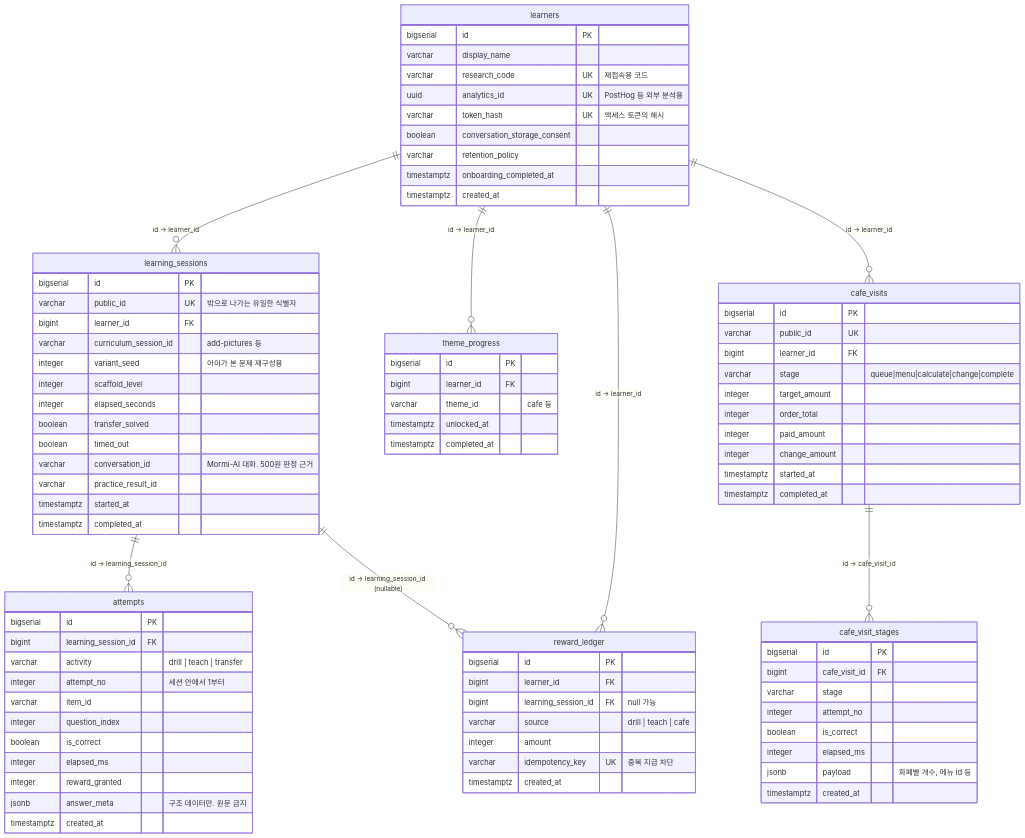
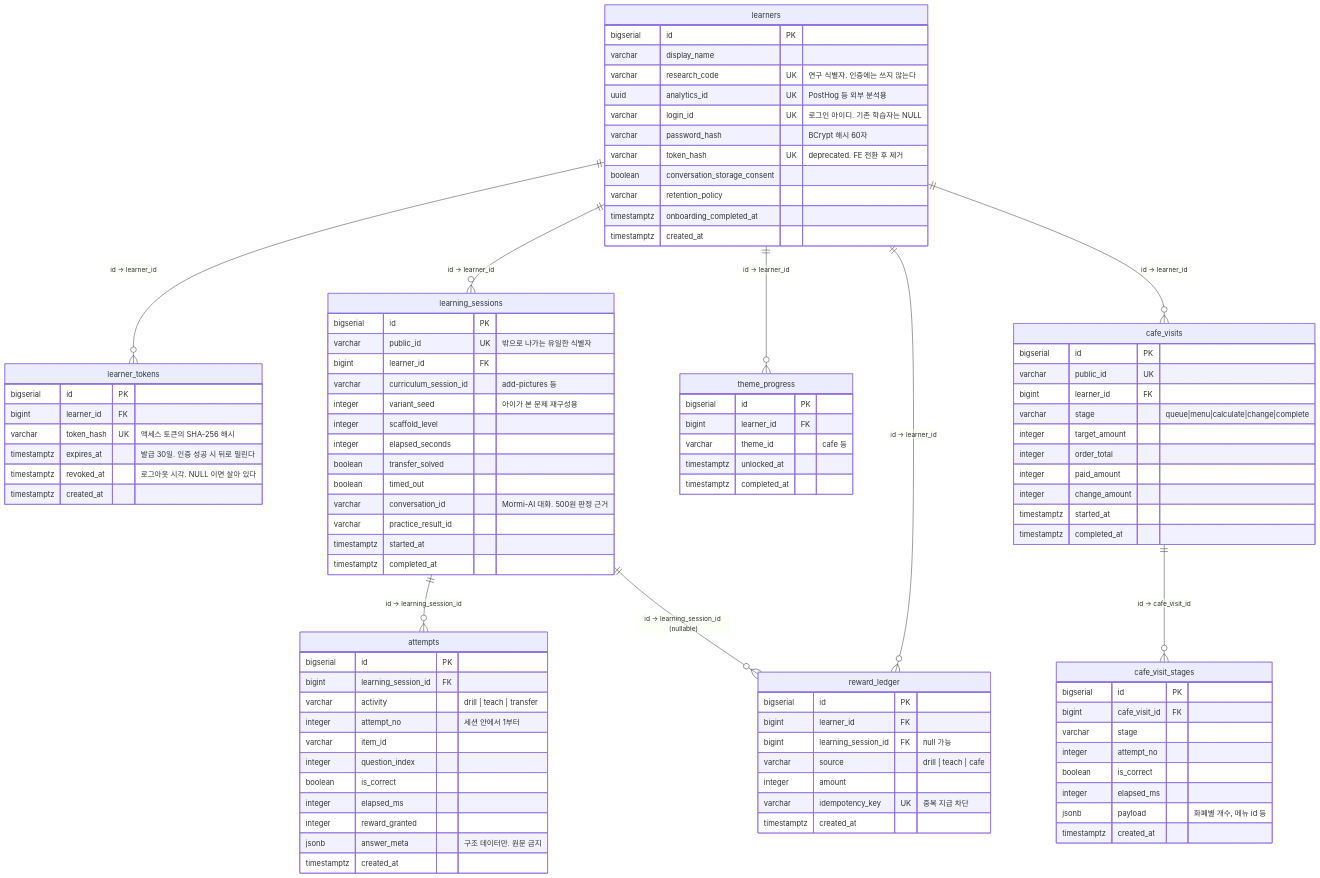
Before and after one commit to flyai-y2s2/Mormi-BE: the diagram in docs/ERD.md, drawn with Mermaid. The commit also changed other lines of this file and 2 other files, not shown here.

Commit message:
docs: 학습자 인증 API 문서 갱신

````diff
--- a/docs/ERD.md
+++ b/docs/ERD.md
@@ -7,5 +7,6 @@
 ```mermaid
 erDiagram
+    learners ||--o{ learner_tokens    : "id → learner_id"
     learners ||--o{ learning_sessions : "id → learner_id"
     learners ||--o{ theme_progress    : "id → learner_id"
     learners ||--o{ cafe_visits       : "id → learner_id"
@@ -17,12 +18,23 @@
     learners {
         bigserial id PK
         varchar   display_name
-        varchar   research_code UK "재접속용 코드"
+        varchar   research_code UK "연구 식별자. 인증에는 쓰지 않는다"
         uuid      analytics_id  UK "PostHog 등 외부 분석용"
-        varchar   token_hash    UK "액세스 토큰의 해시"
+        varchar   login_id      UK "로그인 아이디. 기존 학습자는 NULL"
+        varchar   password_hash "BCrypt 해시 60자"
+        varchar   token_hash    UK "deprecated. FE 전환 후 제거"
         boolean   conversation_storage_consent
         varchar   retention_policy
         timestamptz onboarding_completed_at
+        timestamptz created_at
+    }
+
+    learner_tokens {
+        bigserial id PK
+        bigint    learner_id FK
+        varchar   token_hash UK "액세스 토큰의 SHA-256 해시"
+        timestamptz expires_at "발급 30일. 인증 성공 시 뒤로 밀린다"
+        timestamptz revoked_at "로그아웃 시각. NULL 이면 살아 있다"
         timestamptz created_at
     }
 
````
